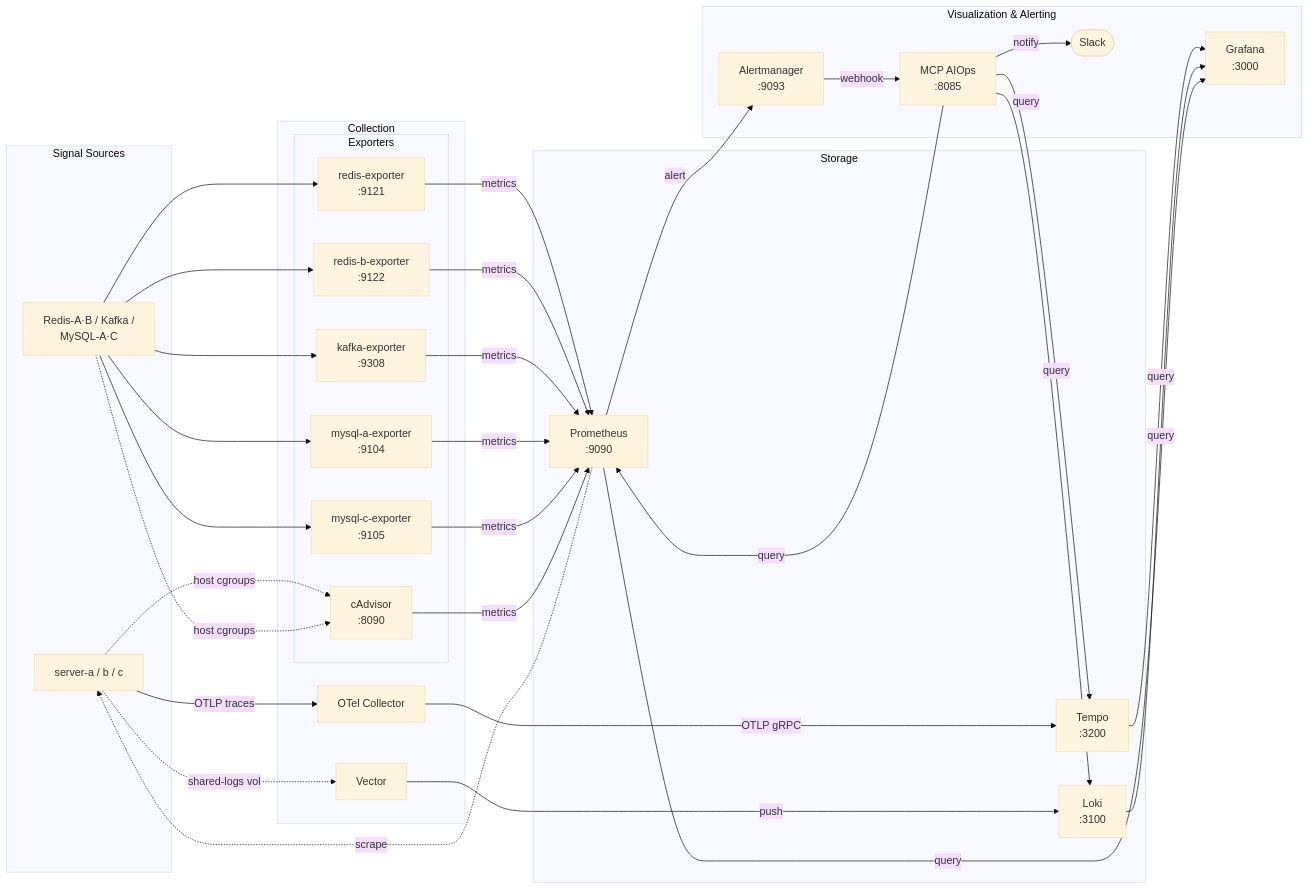
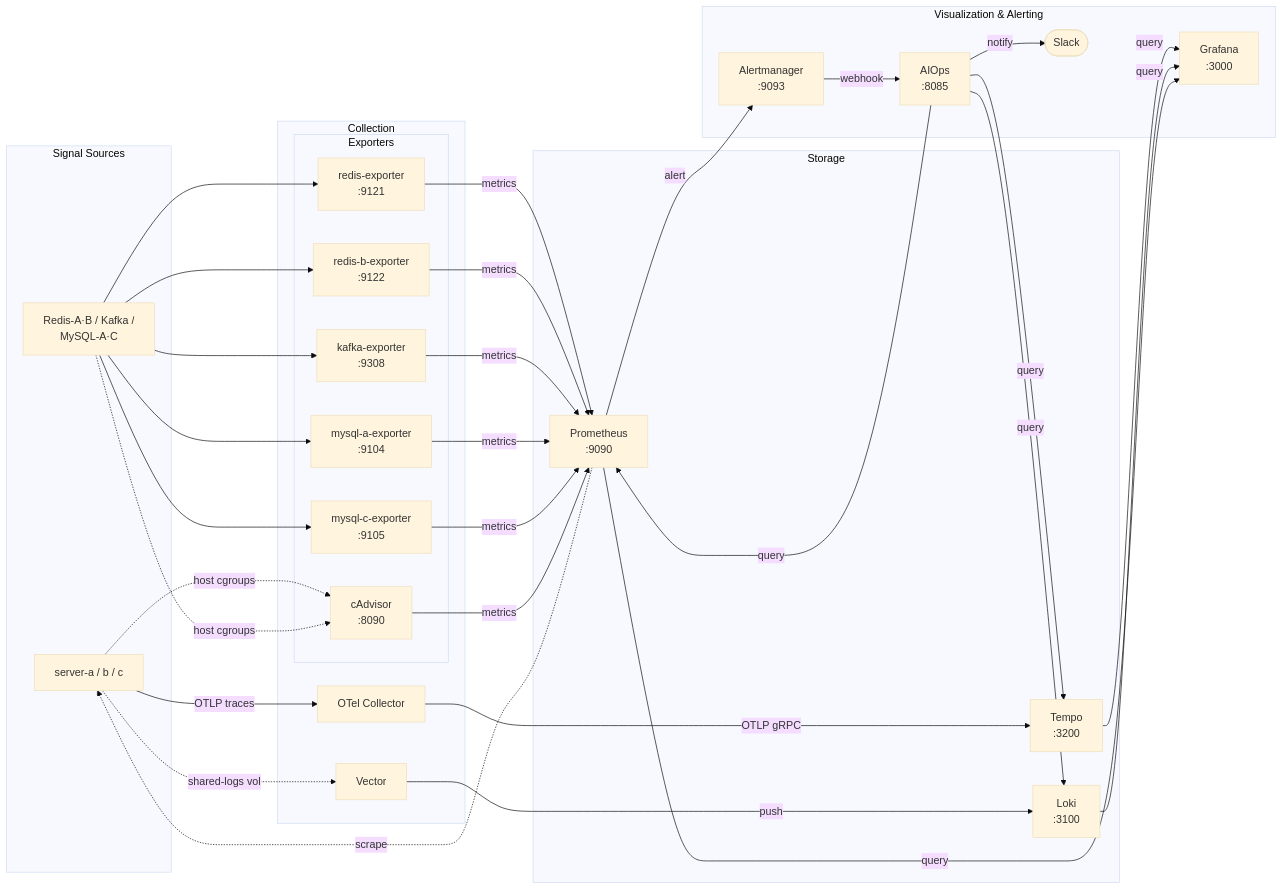
One commit to michi2012/goods-promotion-project changed the third of 3 diagrams in README.md. Above: the diagram before and after it, drawn with Mermaid (base theme). The commit also changed other lines of this file and 30 other files, not shown here.

````diff
--- a/README.md
+++ b/README.md
@@ -185,49 +190,49 @@
 ```mermaid
 flowchart LR
   subgraph Src["Signal Sources"]
     apps["server-a / b / c"]
     infraSrc["Redis-A·B / Kafka /\nMySQL-A·C"]
   end
 
   subgraph Collect["Collection"]
     otel["OTel Collector"]
     vector["Vector"]
     subgraph Exp["Exporters"]
       redisExp["redis-exporter\n:9121"]
       redisBExp["redis-b-exporter\n:9122"]
       kafkaExp["kafka-exporter\n:9308"]
       mysqlAExp["mysql-a-exporter\n:9104"]
       mysqlCExp["mysql-c-exporter\n:9105"]
       cadvisor["cAdvisor\n:8090"]
     end
   end
 
   subgraph Store["Storage"]
     tempo["Tempo\n:3200"]
     loki["Loki\n:3100"]
     prometheus["Prometheus\n:9090"]
   end
 
   subgraph Vis["Visualization & Alerting"]
     grafana["Grafana\n:3000"]
     alertmanager["Alertmanager\n:9093"]
-    mcp["MCP AIOps\n:8085"]
+    AIOps["AIOps\n:8085"]
     Slack(["Slack"])
   end
 
   apps -->|OTLP traces| otel
   apps -.->|shared-logs vol| vector
   infraSrc --> redisExp & redisBExp & kafkaExp & mysqlAExp & mysqlCExp
   apps & infraSrc -.->|host cgroups| cadvisor
 
   otel -->|OTLP gRPC| tempo
   vector -->|push| loki
   redisExp & redisBExp & kafkaExp & mysqlAExp & mysqlCExp & cadvisor -->|metrics| prometheus
   prometheus -.->|scrape| apps
 
   tempo & loki & prometheus -->|query| grafana
   prometheus -->|alert| alertmanager
-  alertmanager -->|webhook| mcp
-  mcp -->|query| prometheus & loki & tempo
-  mcp -->|notify| Slack
+  alertmanager -->|webhook| AIOps
+  AIOps -->|query| prometheus & loki & tempo
+  AIOps -->|notify| Slack
 ```
````
